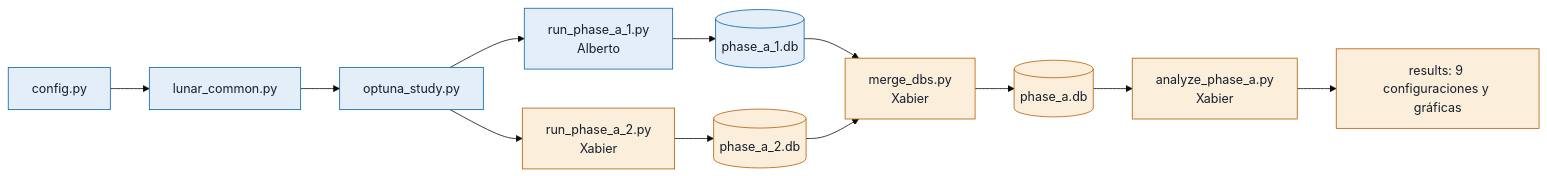
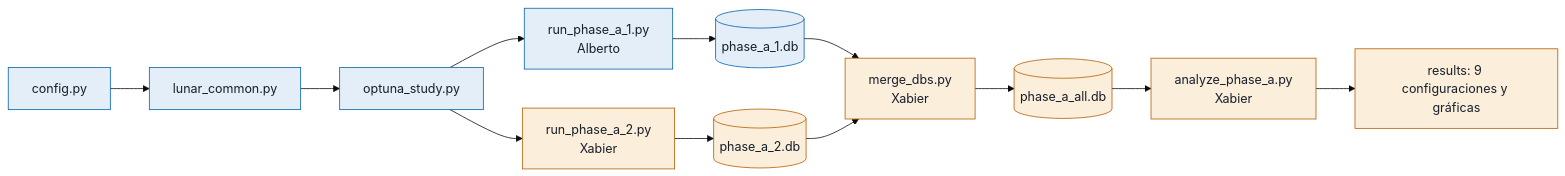
The first of 2 diagrams in ESTADO_EQUIPO.md (xabierabadperez/RL-Actividad_01), drawn with Mermaid (base theme) before and after one commit. The commit also changed other lines of this file, not shown here.

````diff
--- a/ESTADO_EQUIPO.md
+++ b/ESTADO_EQUIPO.md
@@ -112,18 +113,18 @@
 ```mermaid
 flowchart LR
     C[config.py] --> L[lunar_common.py] --> O[optuna_study.py]
     O --> R1[run_phase_a_1.py<br/>Alberto]
     O --> R2[run_phase_a_2.py<br/>Xabier]
     R1 --> D1[(phase_a_1.db)]
     R2 --> D2[(phase_a_2.db)]
     D1 --> M[merge_dbs.py<br/>Xabier]
     D2 --> M
-    M --> D[(phase_a.db)]
+    M --> D[(phase_a_all.db)]
     D --> A[analyze_phase_a.py<br/>Xabier]
     A --> Z[results: 9 configuraciones y gráficas]
 
     classDef alberto fill:#e3eef8,stroke:#0060aa,color:#17202c
     classDef xabier fill:#fbeedb,stroke:#b35c00,color:#17202c
     class C,L,O,R1,D1 alberto
     class R2,D2,M,D,A,Z xabier
 ```
````
